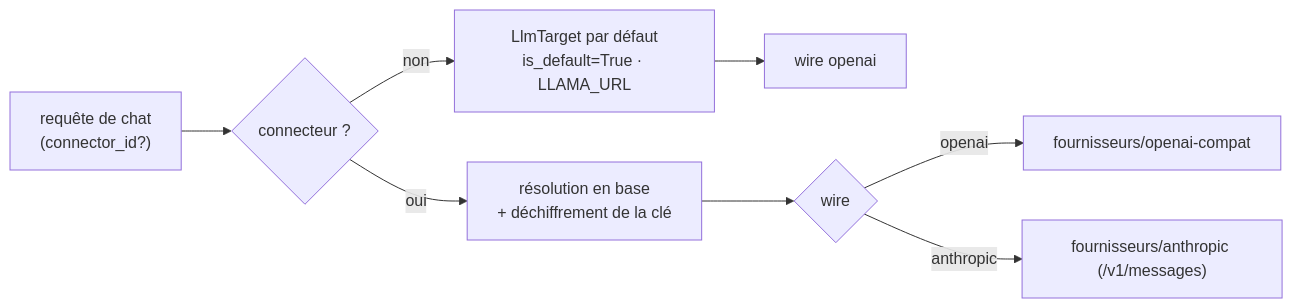
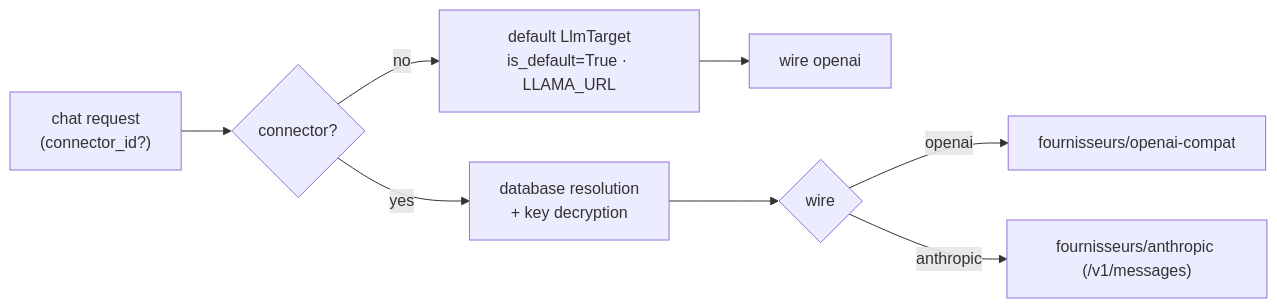
One commit to toto-fou/Elpis changed the eighth of 16 diagrams in docs/architecture.md. Above: the diagram before and after it, drawn with Mermaid. The commit also changed other lines of this file and 43 other files, not shown here.

````diff
--- a/docs/architecture.md
+++ b/docs/architecture.md
@@ -835,10 +837,10 @@
 ```mermaid
 flowchart LR
-    Req["requête de chat<br/>(connector_id?)"] --> Res{"connecteur ?"}
-    Res -- non --> Def["LlmTarget par défaut<br/>is_default=True · LLAMA_URL"]
-    Res -- oui --> Conn["résolution en base<br/>+ déchiffrement de la clé"]
+    Req["chat request<br/>(connector_id?)"] --> Res{"connector?"}
+    Res -- no --> Def["default LlmTarget<br/>is_default=True · LLAMA_URL"]
+    Res -- yes --> Conn["database resolution<br/>+ key decryption"]
     Def --> W1["wire openai"]
     Conn --> W2{"wire"}
     W2 -- openai --> P1["fournisseurs/openai-compat"]
     W2 -- anthropic --> P2["fournisseurs/anthropic (/v1/messages)"]
 ```
````
